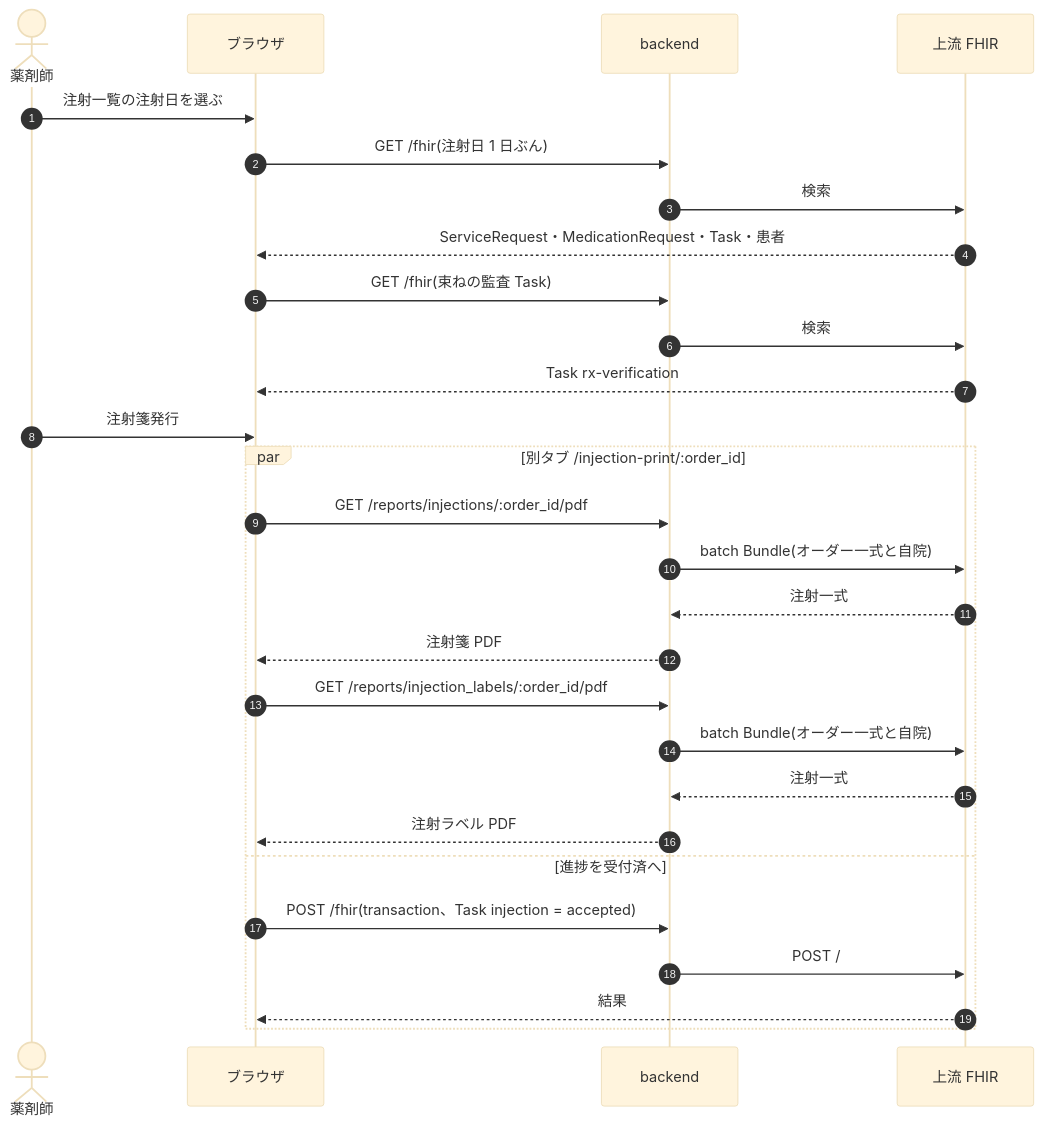
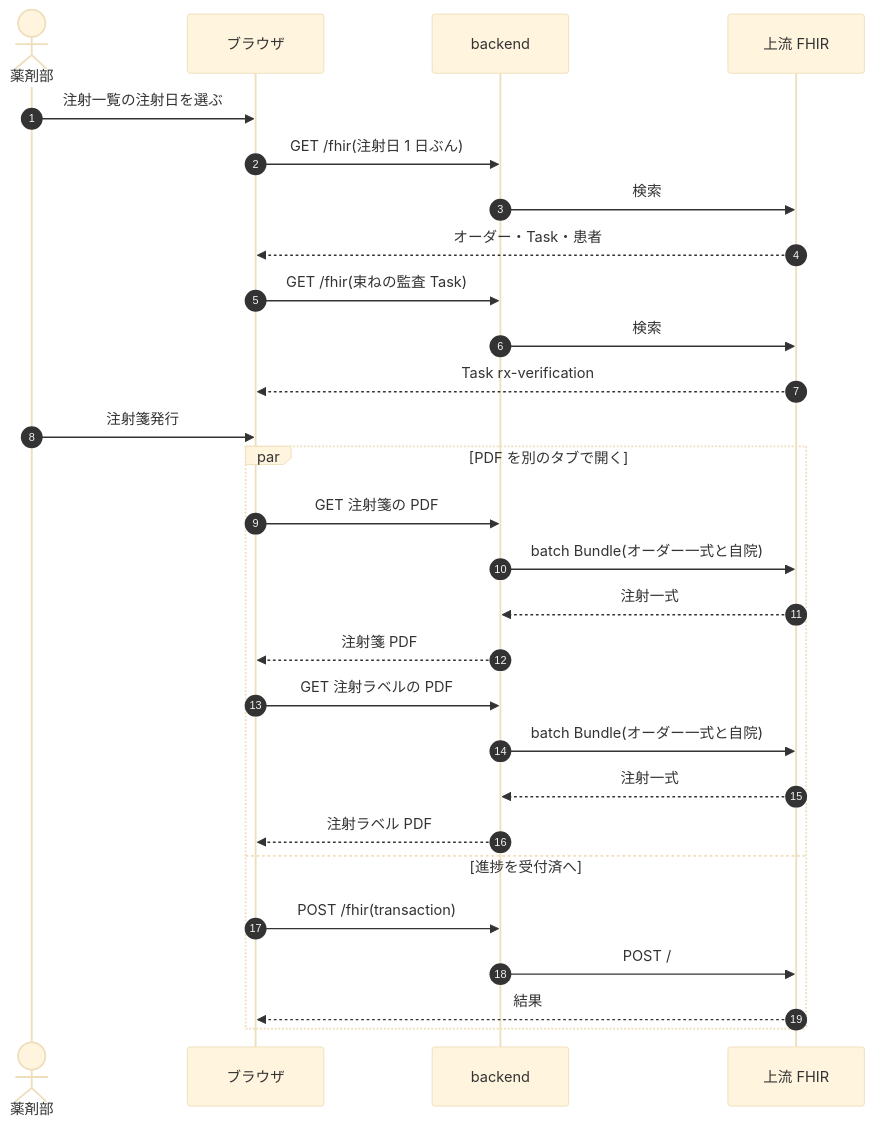
Before and after one commit to ysnr-dev/fhir-client-docs: the sixth of 9 diagrams in docs/dev/injection.md, drawn with Mermaid (base theme). The commit also changed other lines of this file and 43 other files, not shown here.

Commit message:
docs: 業務フローとシーケンス図を写し直し

````diff
--- a/docs/dev/injection.md
+++ b/docs/dev/injection.md
@@ -145,31 +254,31 @@
 ```mermaid
 sequenceDiagram
   autonumber
-  actor Ph as 薬剤師
+  actor Ph as 薬剤部
   participant UI as ブラウザ
   participant BE as backend
   participant FHIR as 上流 FHIR
 
   Ph->>UI: 注射一覧の注射日を選ぶ
   UI->>BE: GET /fhir(注射日 1 日ぶん)
   BE->>FHIR: 検索
-  FHIR-->>UI: ServiceRequest・MedicationRequest・Task・患者
+  FHIR-->>UI: オーダー・Task・患者
   UI->>BE: GET /fhir(束ねの監査 Task)
   BE->>FHIR: 検索
   FHIR-->>UI: Task rx-verification
   Ph->>UI: 注射箋発行
-  par 別タブ /injection-print/:order_id
-    UI->>BE: GET /reports/injections/:order_id/pdf
+  par PDF を別のタブで開く
+    UI->>BE: GET 注射箋の PDF
     BE->>FHIR: batch Bundle(オーダー一式と自院)
     FHIR-->>BE: 注射一式
     BE-->>UI: 注射箋 PDF
-    UI->>BE: GET /reports/injection_labels/:order_id/pdf
+    UI->>BE: GET 注射ラベルの PDF
     BE->>FHIR: batch Bundle(オーダー一式と自院)
     FHIR-->>BE: 注射一式
     BE-->>UI: 注射ラベル PDF
   and 進捗を受付済へ
-    UI->>BE: POST /fhir(transaction、Task injection = accepted)
+    UI->>BE: POST /fhir(transaction)
     BE->>FHIR: POST /
     FHIR-->>UI: 結果
   end
 ```
````
